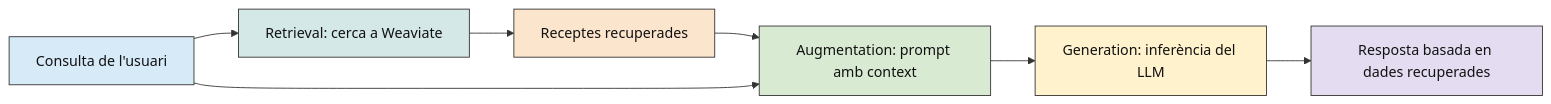
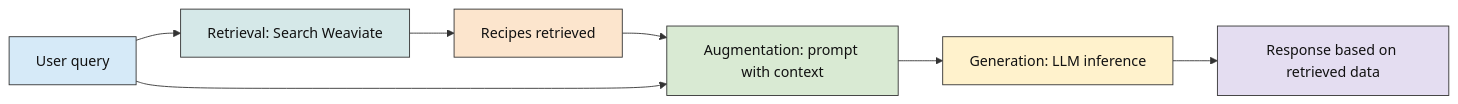
One commit to eetac/Visual_tools_for_AI changed the diagram in AI_Observability/docs/04_rag.md. Above: the diagram before and after it, drawn with Mermaid. The commit also changed other lines of this file and 31 other files, not shown here.

````diff
--- a/AI_Observability/docs/04_rag.md
+++ b/AI_Observability/docs/04_rag.md
@@ -26,23 +26,23 @@
 ```mermaid
 flowchart LR
-    U["Consulta de l'usuari"] --> R["Retrieval: cerca a Weaviate"]
-    R --> C["Receptes recuperades"]
-    C --> A["Augmentation: prompt amb context"]
+    U["User query"] --> R["Retrieval: Search Weaviate"]
+    R --> C["Recipes retrieved"]
+    C --> A["Augmentation: prompt with context"]
     U --> A
-    A --> G["Generation: inferència del LLM"]
-    G --> F["Resposta basada en dades recuperades"]
+    A --> G["Generation: LLM inference"]
+    G --> F["Response based on retrieved data"]
 
     classDef usuari fill:#D6EAF8,stroke:#333333,color:#111111
     classDef retrieval fill:#D5E8E8,stroke:#333333,color:#111111
     classDef dades fill:#FCE5CD,stroke:#333333,color:#111111
     classDef augmentacio fill:#D9EAD3,stroke:#333333,color:#111111
     classDef llm fill:#FFF2CC,stroke:#333333,color:#111111
     classDef resposta fill:#E4DDF1,stroke:#333333,color:#111111
 
     class U usuari
     class R retrieval
     class C dades
     class A augmentacio
     class G llm
     class F resposta
 ```
````
